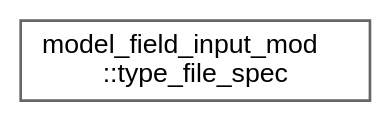
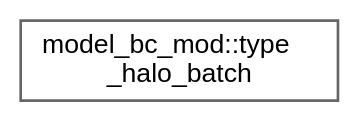
Before and after one commit to mayhl/FUNWAVE-TVD: the diagram in release/v4.0-beta/inherit_graph_35.dot, drawn with Graphviz. The commit also changed 52 other files, not shown here.

```diff
--- a/release/v4.0-beta/inherit_graph_35.dot
+++ b/release/v4.0-beta/inherit_graph_35.dot
@@ -1,9 +1,9 @@
 digraph "Graphical Class Hierarchy"
 {
  // LATEX_PDF_SIZE
   bgcolor="transparent";
   edge [fontname=Helvetica,fontsize=10,labelfontname=Helvetica,labelfontsize=10];
   node [fontname=Helvetica,fontsize=10,shape=box,height=0.2,width=0.4];
   rankdir="LR";
-  Node0 [id="Node000000",label="model_field_input_mod\l::type_file_spec",height=0.2,width=0.4,color="grey40", fillcolor="white", style="filled",URL="$structmodel__field__input__mod_1_1type__file__spec.html",tooltip=" "];
+  Node0 [id="Node000000",label="model_bc_mod::type\l_halo_batch",height=0.2,width=0.4,color="grey40", fillcolor="white", style="filled",URL="$structmodel__bc__mod_1_1type__halo__batch.html",tooltip=" "];
 }
```
